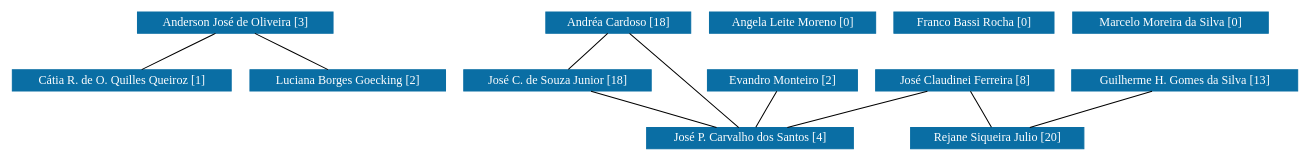
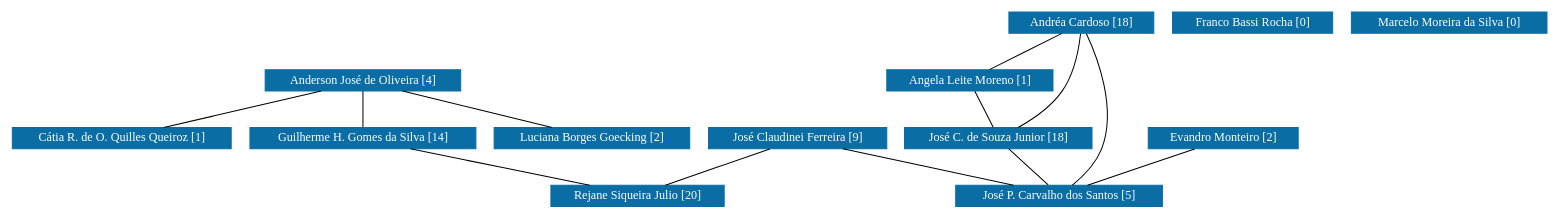
The diagram in dm/grafoDeColaboracoesSemPesos.dot (icamps/unifal-lattes.github.io), drawn with Graphviz before and after one commit. The commit also changed 833 other files, not shown here.

```diff
--- a/dm/grafoDeColaboracoesSemPesos.dot
+++ b/dm/grafoDeColaboracoesSemPesos.dot
@@ -1,111 +1,114 @@
 strict graph grafo1 {
-	graph [bb="0,0,1064,135",
+	graph [bb="0,0,1255.5,192",
 		id=grafo1,
 		overlap=False
 	];
 	node [fontsize=12,
 		label="\N",
 		shape=rectangle,
 		style=filled
 	];
 	0	 [URL="membro-1349156075777095.html",
 		color="#0A6EA4",
 		fontcolor="#FFFFFF",
 		height=0.29167,
-		label="Anderson José de Oliveira [3]",
-		pos="183.5,124.5",
+		label="Anderson José de Oliveira [4]",
+		pos="288.5,124.5",
 		width=2.1944];
 	3	 [URL="membro-0061488493893247.html",
 		color="#0A6EA4",
 		fontcolor="#FFFFFF",
 		height=0.29167,
 		label="Cátia R. de O. Quilles Queiroz [1]",
 		pos="89.5,67.5",
 		width=2.4861];
-	0 -- 3	 [pos="165.82,113.78 149.01,103.59 123.88,88.348 107.1,78.173"];
+	0 -- 3	 [pos="251.54,113.91 215.79,103.67 161.94,88.25 126.27,78.031"];
+	6	 [URL="membro-5817829882396943.html",
+		color="#0A6EA4",
+		fontcolor="#FFFFFF",
+		height=0.29167,
+		label="Guilherme H. Gomes da Silva [14]",
+		pos="288.5,67.5",
+		width=2.5417];
+	0 -- 6	 [pos="288.5,113.78 288.5,103.59 288.5,88.348 288.5,78.173"];
 	10	 [URL="membro-4139948635593421.html",
 		color="#0A6EA4",
 		fontcolor="#FFFFFF",
 		height=0.29167,
 		label="Luciana Borges Goecking [2]",
-		pos="276.5,67.5",
+		pos="477.5,67.5",
 		width=2.1944];
-	0 -- 10	 [pos="200.99,113.78 217.62,103.59 242.48,88.348 259.09,78.173"];
+	0 -- 10	 [pos="323.61,113.91 357.55,103.67 408.7,88.25 442.58,78.031"];
+	12	 [URL="membro-1798884495942862.html",
+		color="#0A6EA4",
+		fontcolor="#FFFFFF",
+		height=0.29167,
+		label="Rejane Siqueira Julio [20]",
+		pos="517.5,10.5",
+		width=1.9306];
+	6 -- 12	 [pos="330.77,56.979 371.87,46.75 433.95,31.297 475.09,21.056"];
 	1	 [URL="membro-6016565950437007.html",
 		color="#0A6EA4",
 		fontcolor="#FFFFFF",
 		height=0.29167,
 		label="Andréa Cardoso [18]",
-		pos="501.5,124.5",
+		pos="878.5,181.5",
 		width=1.625];
+	2	 [URL="membro-5106302431642025.html",
+		color="#0A6EA4",
+		fontcolor="#FFFFFF",
+		height=0.29167,
+		label="Angela Leite Moreno [1]",
+		pos="782.5,124.5",
+		width=1.875];
+	1 -- 2	 [pos="860.44,170.78 843.28,160.59 817.61,145.35 800.48,135.17"];
 	7	 [URL="membro-1690570104837528.html",
 		color="#0A6EA4",
 		fontcolor="#FFFFFF",
 		height=0.29167,
 		label="José C. de Souza Junior [18]",
-		pos="449.5,67.5",
+		pos="812.5,67.5",
 		width=2.1111];
-	1 -- 7	 [pos="491.72,113.78 482.42,103.59 468.52,88.348 459.24,78.173"];
+	1 -- 7	 [pos="877.21,170.78 875.17,156.87 870.26,132.25 859.5,114 851.11,99.76 837.29,86.827 826.8,78.237"];
 	9	 [URL="membro-9393213180145144.html",
 		color="#0A6EA4",
 		fontcolor="#FFFFFF",
 		height=0.29167,
-		label="José P. Carvalho dos Santos [4]",
-		pos="614.5,10.5",
+		label="José P. Carvalho dos Santos [5]",
+		pos="864.5,10.5",
 		width=2.3056];
-	1 -- 9	 [pos="511.93,113.98 533.35,92.372 582.09,43.193 603.77,21.328"];
-	7 -- 9	 [pos="480.15,56.912 509.79,46.674 554.43,31.25 584.02,21.031"];
-	2	 [URL="membro-5106302431642025.html",
-		color="#0A6EA4",
-		fontcolor="#FFFFFF",
-		height=0.29167,
-		label="Angela Leite Moreno [0]",
-		pos="645.5,124.5",
-		width=1.875];
+	1 -- 9	 [pos="883.29,170.92 892.46,149.12 910.52,97.831 897.5,57 893.11,43.23 882.99,30.042 875.11,21.251"];
+	2 -- 7	 [pos="788.14,113.78 793.51,103.59 801.53,88.348 806.88,78.173"];
+	7 -- 9	 [pos="822.28,56.779 831.58,46.588 845.48,31.348 854.76,21.173"];
 	4	 [URL="membro-3089568911577519.html",
 		color="#0A6EA4",
 		fontcolor="#FFFFFF",
 		height=0.29167,
 		label="Evandro Monteiro [2]",
-		pos="641.5,67.5",
+		pos="1004.5,67.5",
 		width=1.6667];
-	4 -- 9	 [pos="636.42,56.779 631.59,46.588 624.38,31.348 619.56,21.173"];
+	4 -- 9	 [pos="978.5,56.912 953.35,46.674 915.46,31.25 890.37,21.031"];
 	5	 [URL="membro-0165435409542220.html",
 		color="#0A6EA4",
 		fontcolor="#FFFFFF",
 		height=0.29167,
 		label="Franco Bassi Rocha [0]",
-		pos="795.5,124.5",
+		pos="1019.5,181.5",
 		width=1.7778];
-	6	 [URL="membro-5817829882396943.html",
-		color="#0A6EA4",
-		fontcolor="#FFFFFF",
-		height=0.29167,
-		label="Guilherme H. Gomes da Silva [13]",
-		pos="972.5,67.5",
-		width=2.5417];
-	12	 [URL="membro-1798884495942862.html",
-		color="#0A6EA4",
-		fontcolor="#FFFFFF",
-		height=0.29167,
-		label="Rejane Siqueira Julio [20]",
-		pos="818.5,10.5",
-		width=1.9306];
-	6 -- 12	 [pos="943.89,56.912 916.23,46.674 874.56,31.25 846.95,21.031"];
 	8	 [URL="membro-6808752952332925.html",
 		color="#0A6EA4",
 		fontcolor="#FFFFFF",
 		height=0.29167,
-		label="José Claudinei Ferreira [8]",
-		pos="791.5,67.5",
+		label="José Claudinei Ferreira [9]",
+		pos="646.5,67.5",
 		width=1.9861];
-	8 -- 9	 [pos="758.62,56.912 726.83,46.674 678.93,31.25 647.2,21.031"];
-	8 -- 12	 [pos="796.58,56.779 801.41,46.588 808.62,31.348 813.44,21.173"];
+	8 -- 12	 [pos="622.54,56.912 599.37,46.674 564.46,31.25 541.33,21.031"];
+	8 -- 9	 [pos="686.74,56.979 725.86,46.75 784.96,31.297 824.13,21.056"];
 	11	 [URL="membro-6715092420026095.html",
 		color="#0A6EA4",
 		fontcolor="#FFFFFF",
 		height=0.29167,
 		label="Marcelo Moreira da Silva [0]",
-		pos="954.5,124.5",
+		pos="1178.5,181.5",
 		width=2.1389];
 }
```
